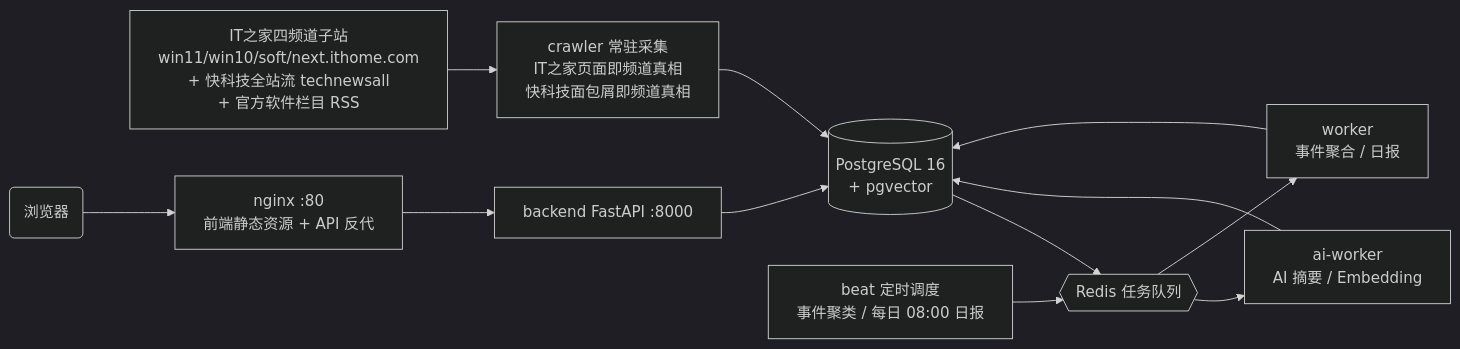
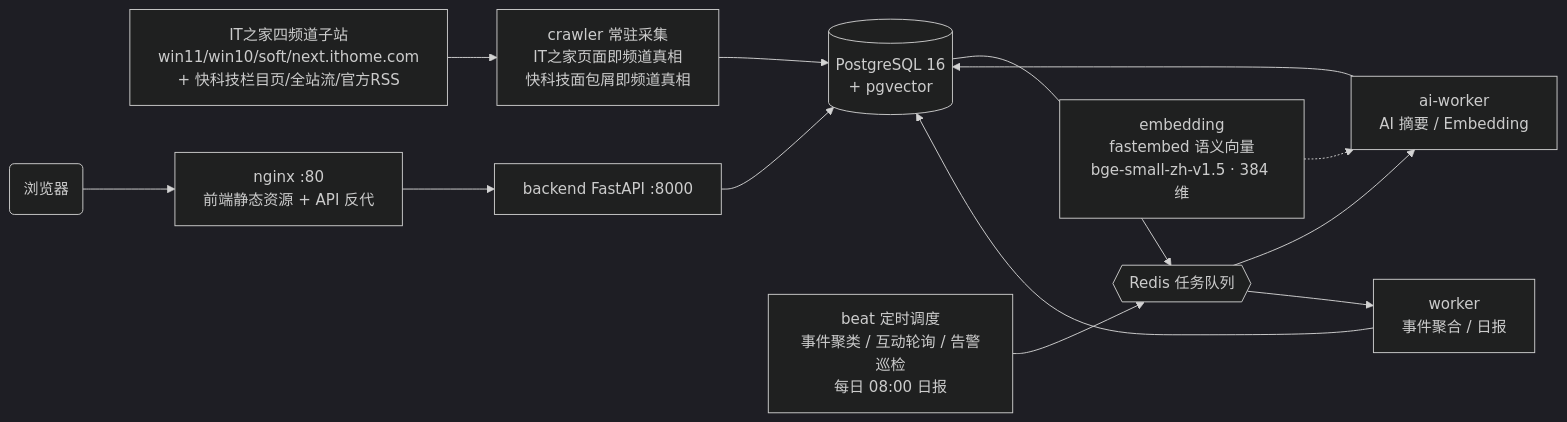
One commit to xuboboo/news changed the diagram in README.md. Above: the diagram before and after it, drawn with Mermaid (dark theme). The commit also changed other lines of this file and 3 other files, not shown here.

````diff
--- a/README.md
+++ b/README.md
@@ -45,14 +45,15 @@
 ```mermaid
 flowchart LR
-    SRC[IT之家四频道子站<br/>win11/win10/soft/next.ithome.com<br/>+ 快科技全站流 technewsall<br/>+ 官方软件栏目 RSS] --> CR[crawler 常驻采集<br/>IT之家页面即频道真相<br/>快科技面包屑即频道真相]
+    SRC[IT之家四频道子站<br/>win11/win10/soft/next.ithome.com<br/>+ 快科技栏目页/全站流/官方RSS] --> CR[crawler 常驻采集<br/>IT之家页面即频道真相<br/>快科技面包屑即频道真相]
     CR --> PG[(PostgreSQL 16<br/>+ pgvector)]
     PG --> RD{{Redis 任务队列}}
     RD --> AI[ai-worker<br/>AI 摘要 / Embedding]
     RD --> WK[worker<br/>事件聚合 / 日报]
-    BT[beat 定时调度<br/>事件聚类 / 每日 08:00 日报] --> RD
+    EMB[embedding<br/>fastembed 语义向量<br/>bge-small-zh-v1.5 · 384 维] -.-> AI
+    BT[beat 定时调度<br/>事件聚类 / 互动轮询 / 告警巡检<br/>每日 08:00 日报] --> RD
     AI --> PG
     WK --> PG
     NG[nginx :80<br/>前端静态资源 + API 反代] --> BE[backend FastAPI :8000]
     BE --> PG
     U(浏览器) --> NG
 ```
````
